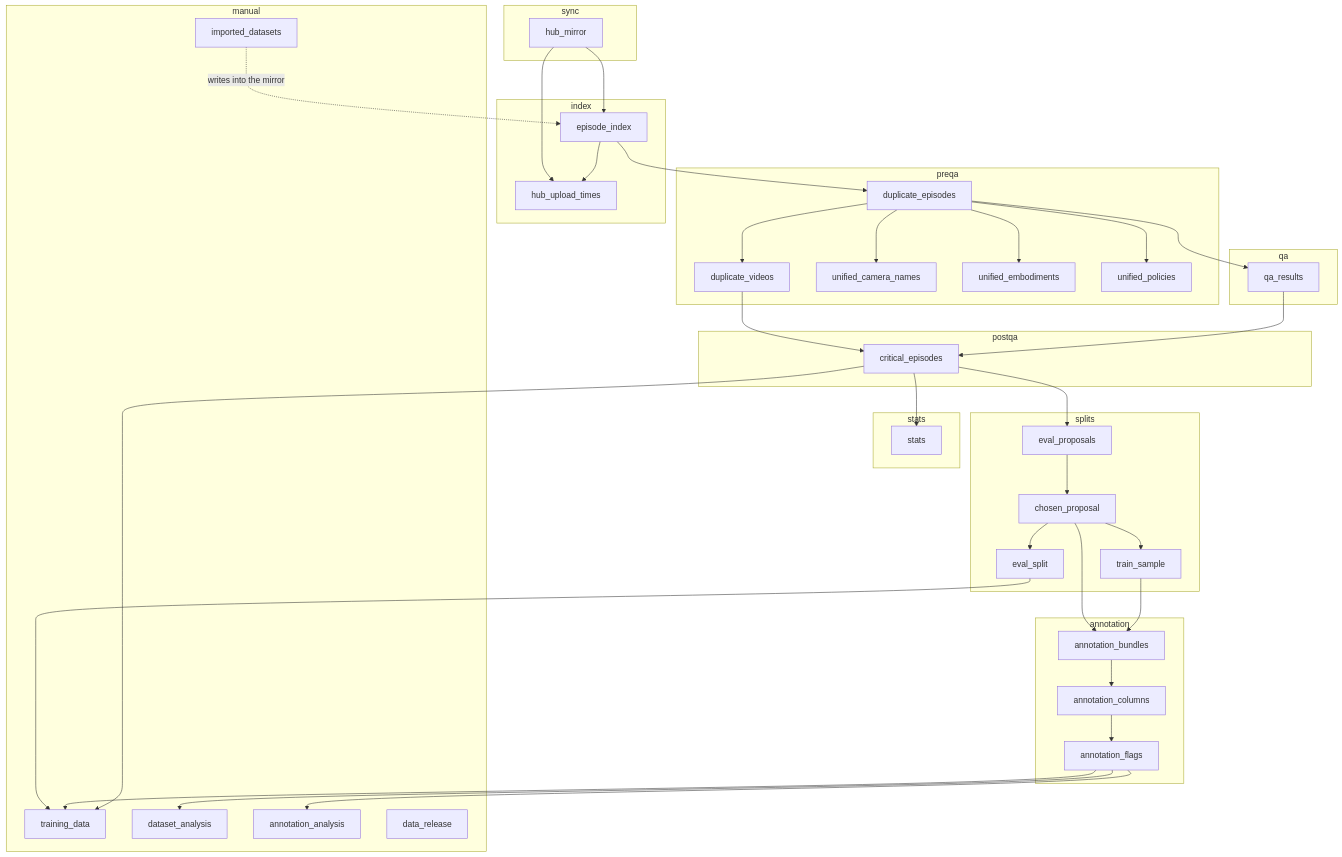
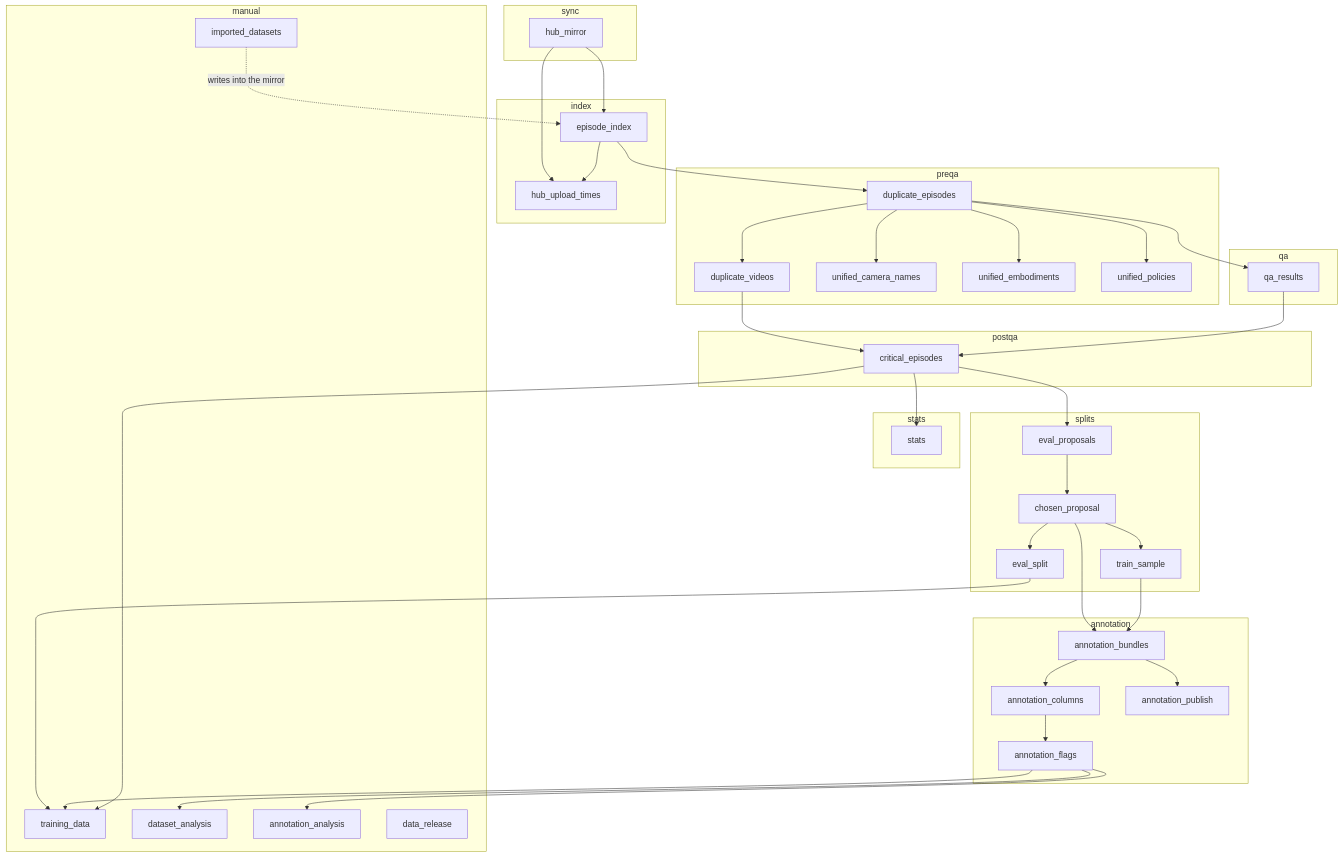
The second of 2 diagrams in docs/pipeline/index.md (oopsie-data/oopsie-backend), drawn with Mermaid before and after one commit. The commit also changed other lines of this file and 15 other files, not shown here.

````diff
--- a/docs/pipeline/index.md
+++ b/docs/pipeline/index.md
@@ -55,56 +55,57 @@
 ```mermaid
 flowchart TB
   subgraph sync
     hub_mirror
   end
   subgraph index
     episode_index
     hub_upload_times
   end
   subgraph preqa
     duplicate_episodes
     duplicate_videos
     unified_camera_names
     unified_embodiments
     unified_policies
   end
   subgraph qa
     qa_results
   end
   subgraph postqa
     critical_episodes
   end
   subgraph stats_group [stats]
     stats
   end
   subgraph splits
     eval_proposals --> chosen_proposal
     chosen_proposal --> eval_split
     chosen_proposal --> train_sample
   end
   subgraph annotation
     annotation_bundles --> annotation_columns --> annotation_flags
+    annotation_bundles --> annotation_publish
   end
   subgraph manual
     imported_datasets
     training_data
     dataset_analysis
     annotation_analysis
     data_release
   end
 
   hub_mirror --> episode_index --> duplicate_episodes
   hub_mirror --> hub_upload_times
   episode_index --> hub_upload_times
   duplicate_episodes --> duplicate_videos & unified_camera_names & unified_embodiments & unified_policies & qa_results
   duplicate_videos --> critical_episodes
   qa_results --> critical_episodes
   critical_episodes --> stats
   critical_episodes --> eval_proposals
   chosen_proposal --> annotation_bundles
   train_sample --> annotation_bundles
   imported_datasets -. "writes into the mirror" .-> episode_index
   eval_split --> training_data
   annotation_flags --> training_data & dataset_analysis & annotation_analysis
   critical_episodes --> training_data
 ```
````
